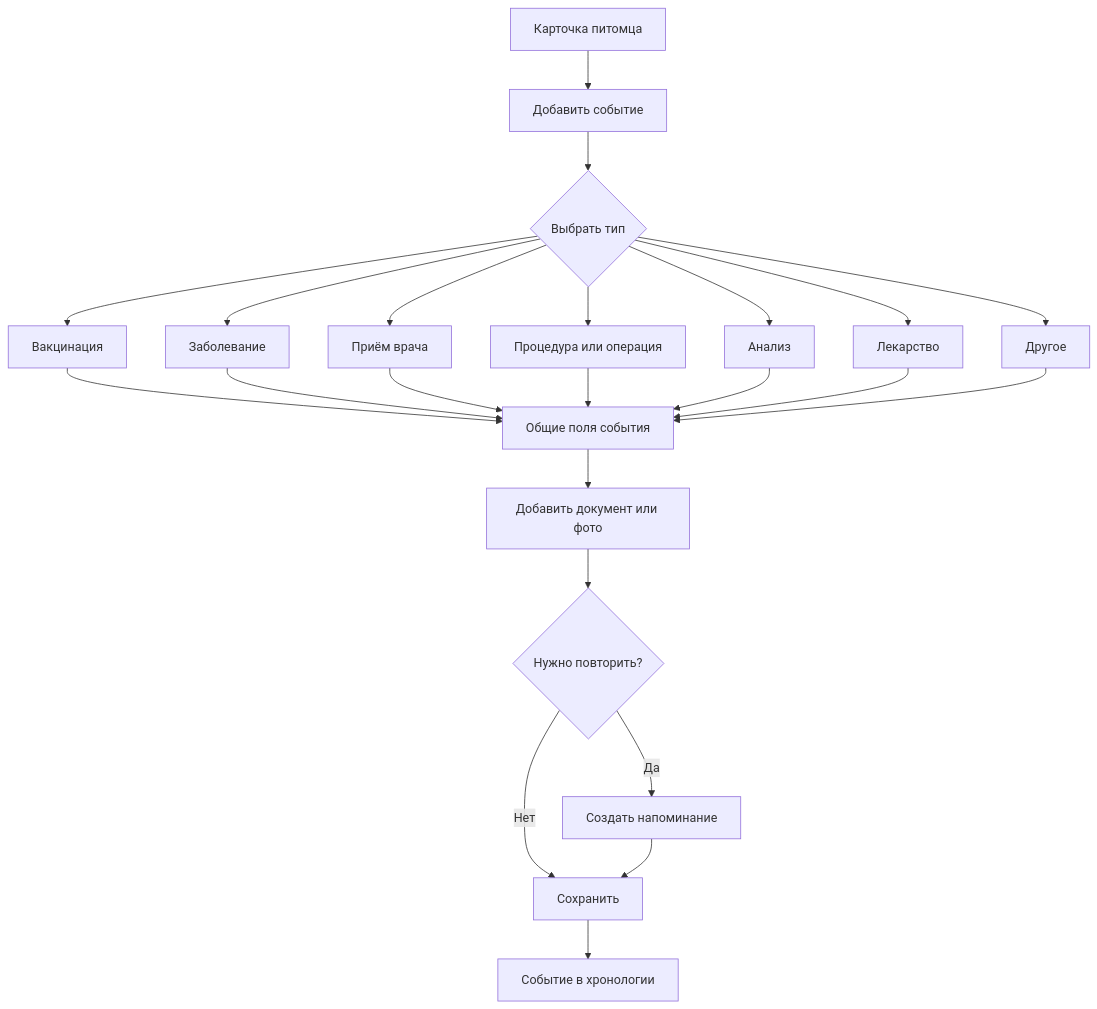
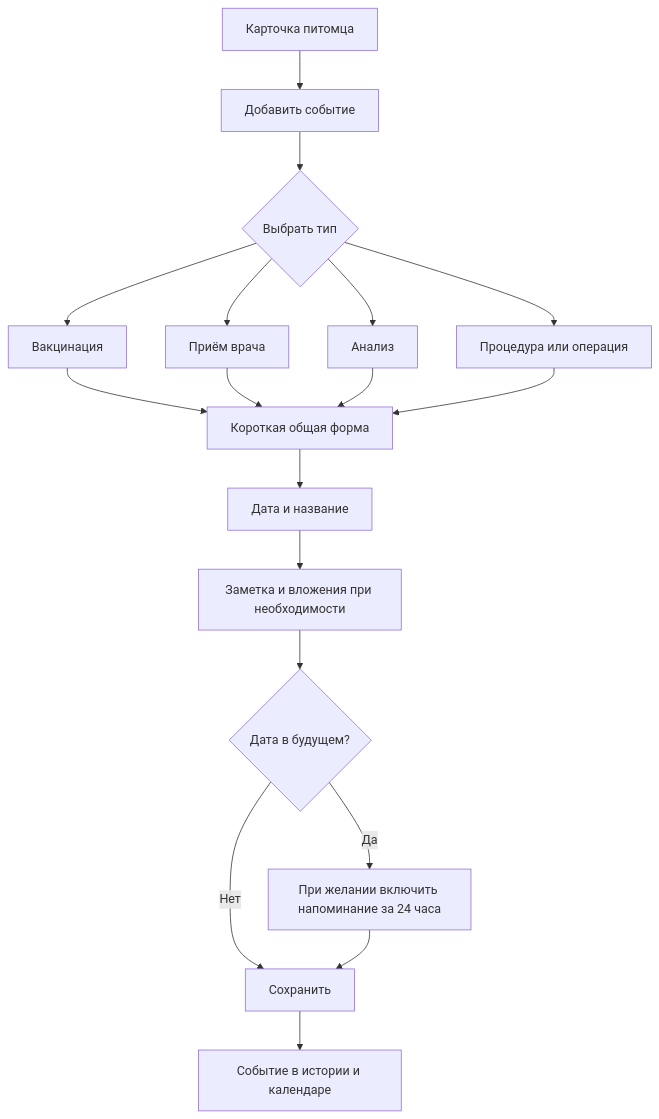
Before and after one commit to deepreshion/pet-worth: the second of 5 diagrams in docs/02-user-flows.md, drawn with Mermaid. The commit also changed other lines of this file and 8 other files, not shown here.

````diff
--- a/docs/02-user-flows.md
+++ b/docs/02-user-flows.md
@@ -60,25 +61,20 @@
 ```mermaid
 flowchart TD
     A[Карточка питомца] --> B[Добавить событие]
     B --> C{Выбрать тип}
     C --> D[Вакцинация]
-    C --> E[Заболевание]
-    C --> F[Приём врача]
+    C --> E[Приём врача]
+    C --> F[Анализ]
     C --> G[Процедура или операция]
-    C --> H[Анализ]
-    C --> I[Лекарство]
-    C --> J[Другое]
-    D --> K[Общие поля события]
-    E --> K
-    F --> K
-    G --> K
-    H --> K
-    I --> K
-    J --> K
-    K --> L[Добавить документ или фото]
-    L --> M{Нужно повторить?}
-    M -- Да --> N[Создать напоминание]
-    M -- Нет --> O[Сохранить]
-    N --> O
-    O --> P[Событие в хронологии]
+    D --> H[Короткая общая форма]
+    E --> H
+    F --> H
+    G --> H
+    H --> I[Дата и название]
+    I --> J[Заметка и вложения при необходимости]
+    J --> K{Дата в будущем?}
+    K -- Нет --> L[Сохранить]
+    K -- Да --> M[При желании включить напоминание за 24 часа]
+    M --> L
+    L --> N[Событие в истории и календаре]
 ```
````
